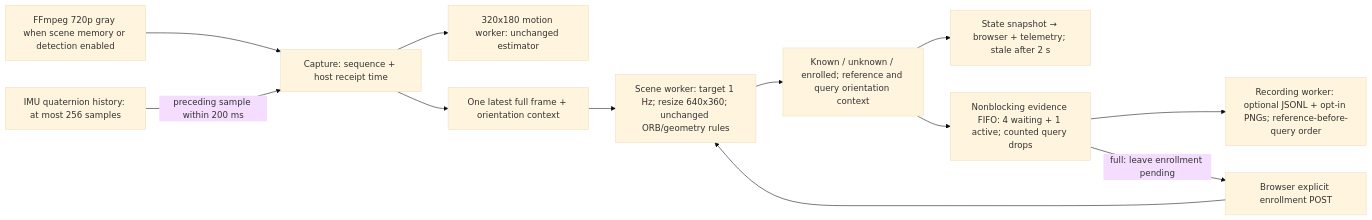
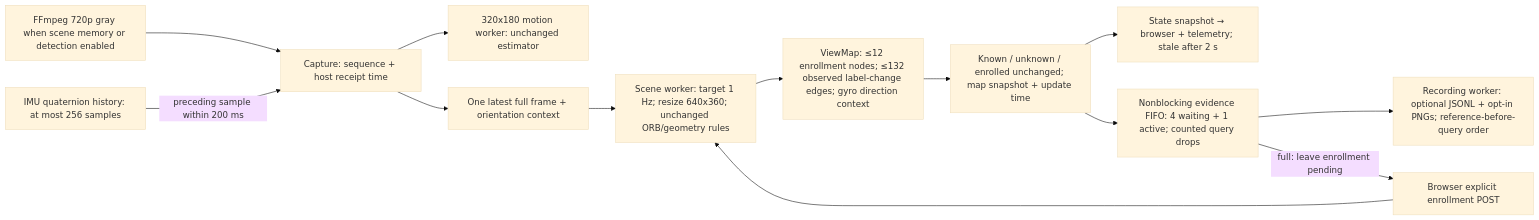
One commit to choir0322/edgexr changed the first of 3 diagrams in docs/PIPELINE.md. Above: the diagram before and after it, drawn with Mermaid (base theme). The commit also changed other lines of this file and 12 other files, not shown here.

Commit message:
feat: connect remembered views with relative orientation context

````diff
--- a/docs/PIPELINE.md
+++ b/docs/PIPELINE.md
@@ -7,14 +7,15 @@
 ```mermaid
 flowchart LR
     F["FFmpeg 720p gray when scene memory or detection enabled"] --> C["Capture: sequence + host receipt time"]
     C --> M["320x180 motion worker: unchanged estimator"]
     I["IMU quaternion history: at most 256 samples"] -->|preceding sample within 200 ms| C
     C --> S["One latest full frame + orientation context"]
     S --> W["Scene worker: target 1 Hz; resize 640x360; unchanged ORB/geometry rules"]
     B["Browser explicit enrollment POST"] --> W
-    W --> R["Known / unknown / enrolled; reference and query orientation context"]
+    W --> V["ViewMap: ≤12 enrollment nodes; ≤132 observed label-change edges; gyro direction context"]
+    V --> R["Known / unknown / enrolled unchanged; map snapshot + update time"]
     R --> T["State snapshot → browser + telemetry; stale after 2 s"]
     R --> Q["Nonblocking evidence FIFO: 4 waiting + 1 active; counted query drops"]
     Q --> L["Recording worker: optional JSONL + opt-in PNGs; reference-before-query order"]
     Q -->|full: leave enrollment pending| B
 ```
````
